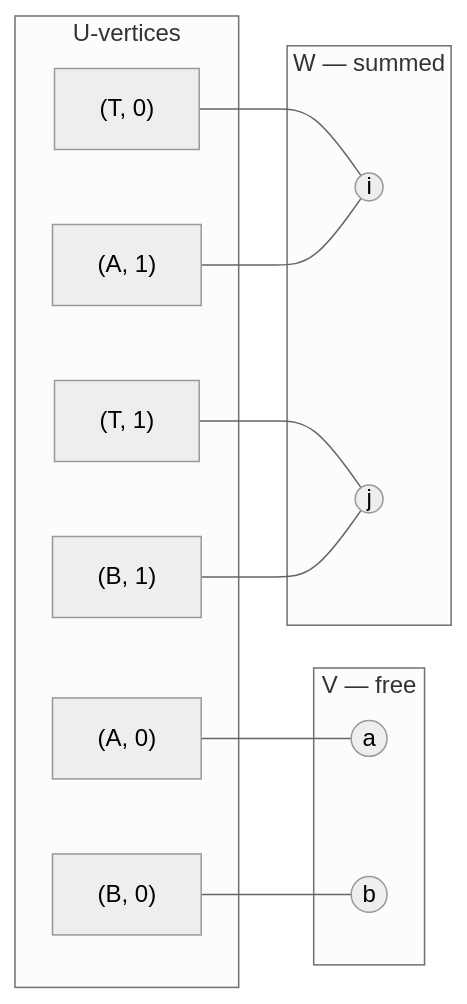
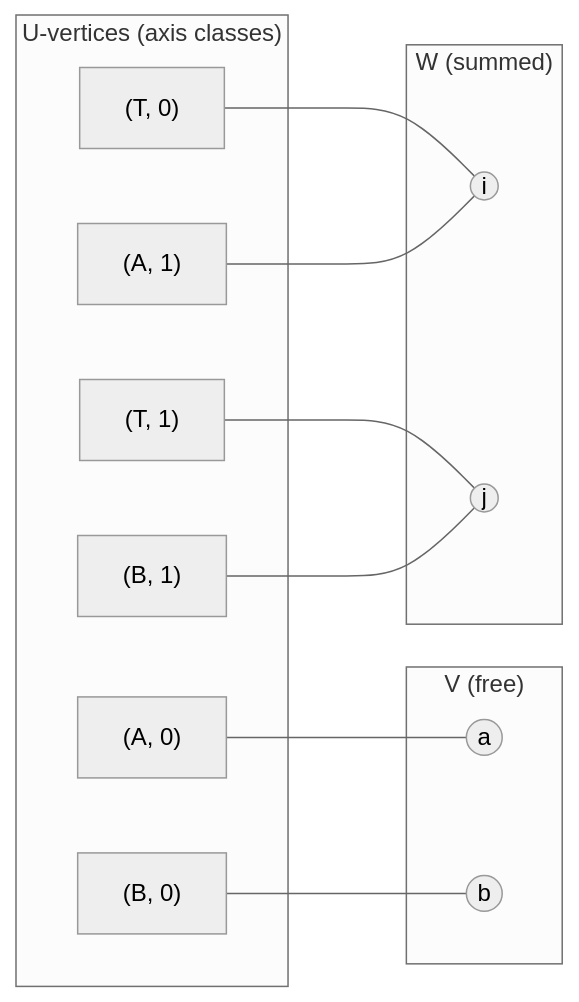
Before and after one commit to AIcrowd/whest: the first of 3 diagrams in docs/explanation/subgraph-symmetry.md, drawn with Mermaid. The commit also changed other lines of this file, not shown here.

First line of the commit message:
docs: polish mermaid bipartite graph diagrams

````diff
--- a/docs/explanation/subgraph-symmetry.md
+++ b/docs/explanation/subgraph-symmetry.md
@@ -75,22 +75,29 @@
 ```mermaid
-%%{init: {'theme': 'neutral'}}%%
+%%{init: {'theme': 'neutral', 'flowchart': {'rankSpacing': 80}}}%%
 flowchart LR
+    A0["(A, 0)"] --- a((a))
+    B0["(B, 0)"] --- b((b))
     T0["(T, 0)"] --- i((i))
+    A1["(A, 1)"] --- i
     T1["(T, 1)"] --- j((j))
-    A0["(A, 0)"] --- a((a))
-    A1["(A, 1)"] --- i
-    B0["(B, 0)"] --- b((b))
     B1["(B, 1)"] --- j
 
-    subgraph U [U-vertices]
-        T0; T1; A0; A1; B0; B1
+    subgraph U ["U-vertices (axis classes)"]
+        A0
+        B0
+        T0
+        A1
+        T1
+        B1
     end
 
-    subgraph V [V — free]
-        a; b
+    subgraph V ["V (free)"]
+        a
+        b
     end
 
-    subgraph W [W — summed]
-        i; j
+    subgraph W ["W (summed)"]
+        i
+        j
     end
 ```
````
